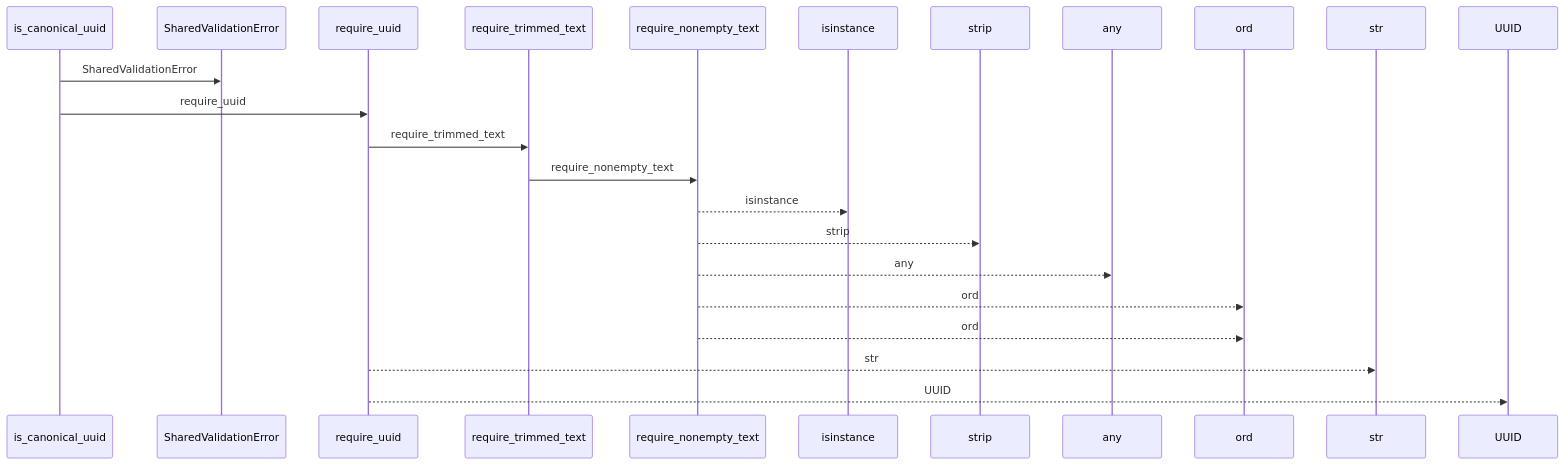
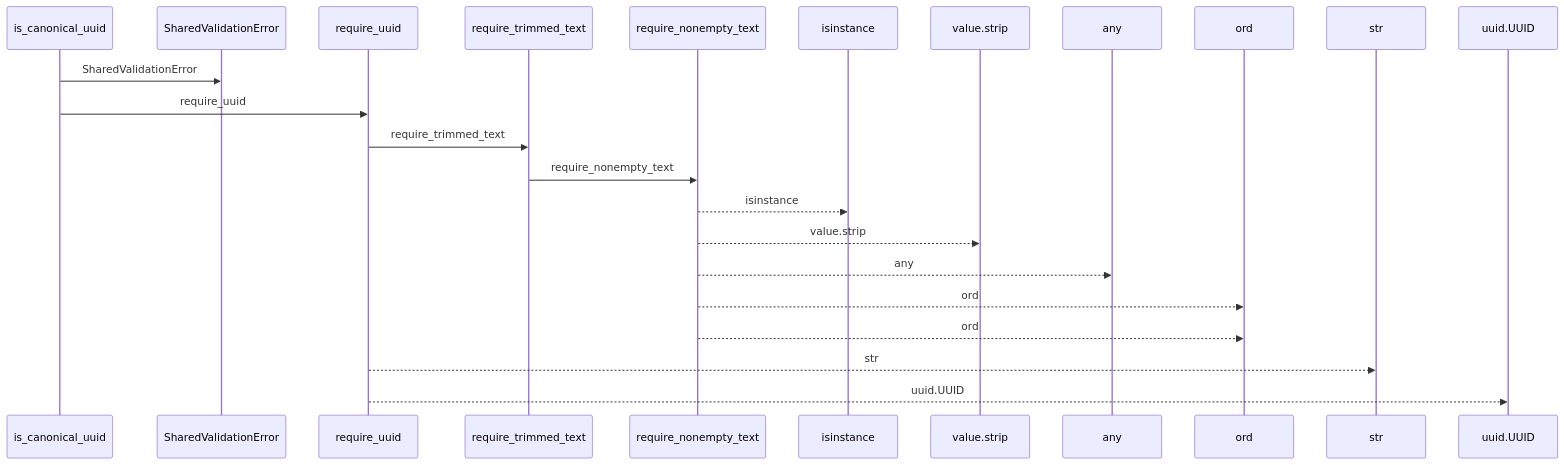
The first of 2 diagrams in docs/llm_wiki/flows/api-is_canonical_uuid.md (Denissvgn/python-wiki-llm), drawn with Mermaid before and after one commit. The commit also changed other lines of this file and 719 other files, not shown here.

````diff
--- a/docs/llm_wiki/flows/api-is_canonical_uuid.md
+++ b/docs/llm_wiki/flows/api-is_canonical_uuid.md
@@ -10,25 +10,25 @@
 ```mermaid
 sequenceDiagram
     participant p0 as is_canonical_uuid
     participant p1 as SharedValidationError
     participant p2 as require_uuid
     participant p3 as require_trimmed_text
     participant p4 as require_nonempty_text
     participant p5 as isinstance
-    participant p6 as strip
+    participant p6 as value.strip
     participant p7 as any
     participant p8 as ord
     participant p9 as str
-    participant p10 as UUID
+    participant p10 as uuid.UUID
     p0->>p1: SharedValidationError
     p0->>p2: require_uuid
     p2->>p3: require_trimmed_text
     p3->>p4: require_nonempty_text
     p4-->>p5: isinstance
-    p4-->>p6: strip
+    p4-->>p6: value.strip
     p4-->>p7: any
     p4-->>p8: ord
     p4-->>p8: ord
     p2-->>p9: str
-    p2-->>p10: UUID
+    p2-->>p10: uuid.UUID
 ```
````
